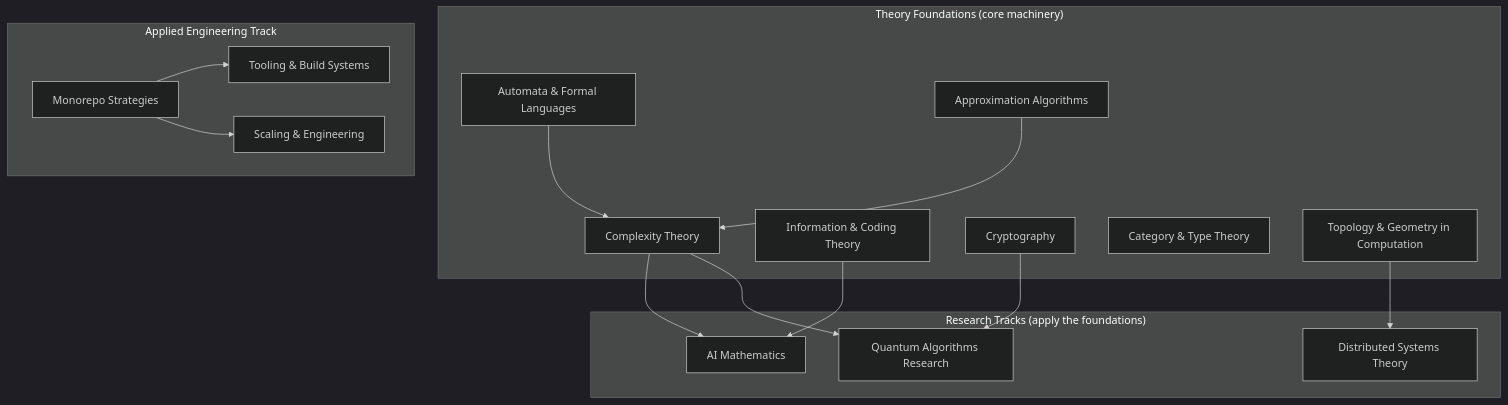
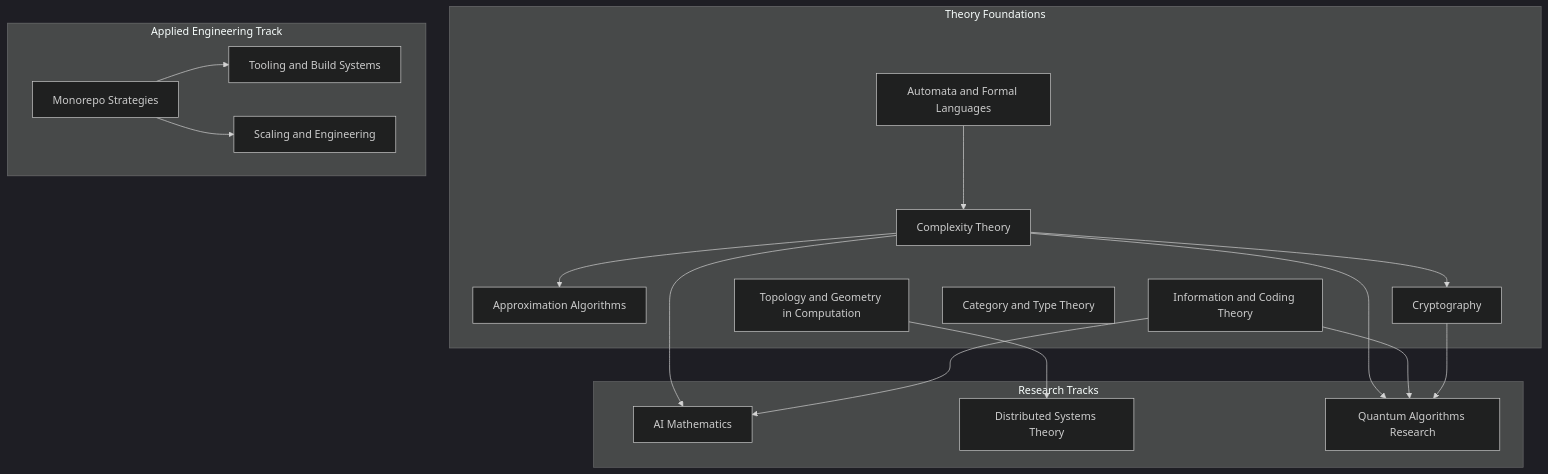
One commit to AndrewAltimit/Documentation changed the diagram in github-pages/docs/advanced/index.md. Above: the diagram before and after it, drawn with Mermaid (dark theme). The commit also changed other lines of this file and 240 other files, not shown here.

````diff
--- a/github-pages/docs/advanced/index.md
+++ b/github-pages/docs/advanced/index.md
@@ -26,31 +26,33 @@
 ```mermaid
 flowchart TB
-    subgraph TF["Theory Foundations (core machinery)"]
+    subgraph TF["Theory Foundations"]
+      AU["Automata and Formal Languages"]
       CX["Complexity Theory"]
-      AU["Automata & Formal Languages"]
-      IC["Information & Coding Theory"]
+      AP["Approximation Algorithms"]
+      IC["Information and Coding Theory"]
       CR["Cryptography"]
-      CT["Category & Type Theory"]
-      AP["Approximation Algorithms"]
-      TG["Topology & Geometry in Computation"]
+      CT["Category and Type Theory"]
+      TG["Topology and Geometry in Computation"]
     end
-    subgraph RT["Research Tracks (apply the foundations)"]
+    subgraph RT["Research Tracks"]
       AI["AI Mathematics"]
       DS["Distributed Systems Theory"]
       QA["Quantum Algorithms Research"]
     end
     subgraph ET["Applied Engineering Track"]
       MR["Monorepo Strategies"]
-      MT["Tooling & Build Systems"]
-      MS["Scaling & Engineering"]
-      MR --> MT
-      MR --> MS
+      MT["Tooling and Build Systems"]
+      MS["Scaling and Engineering"]
     end
+    AU --> CX
+    CX --> AP
+    CX --> CR
     CX --> AI
     CX --> QA
-    AU --> CX
     IC --> AI
+    IC --> QA
     CR --> QA
-    AP --> CX
     TG --> DS
+    MR --> MT
+    MR --> MS
 ```
````
